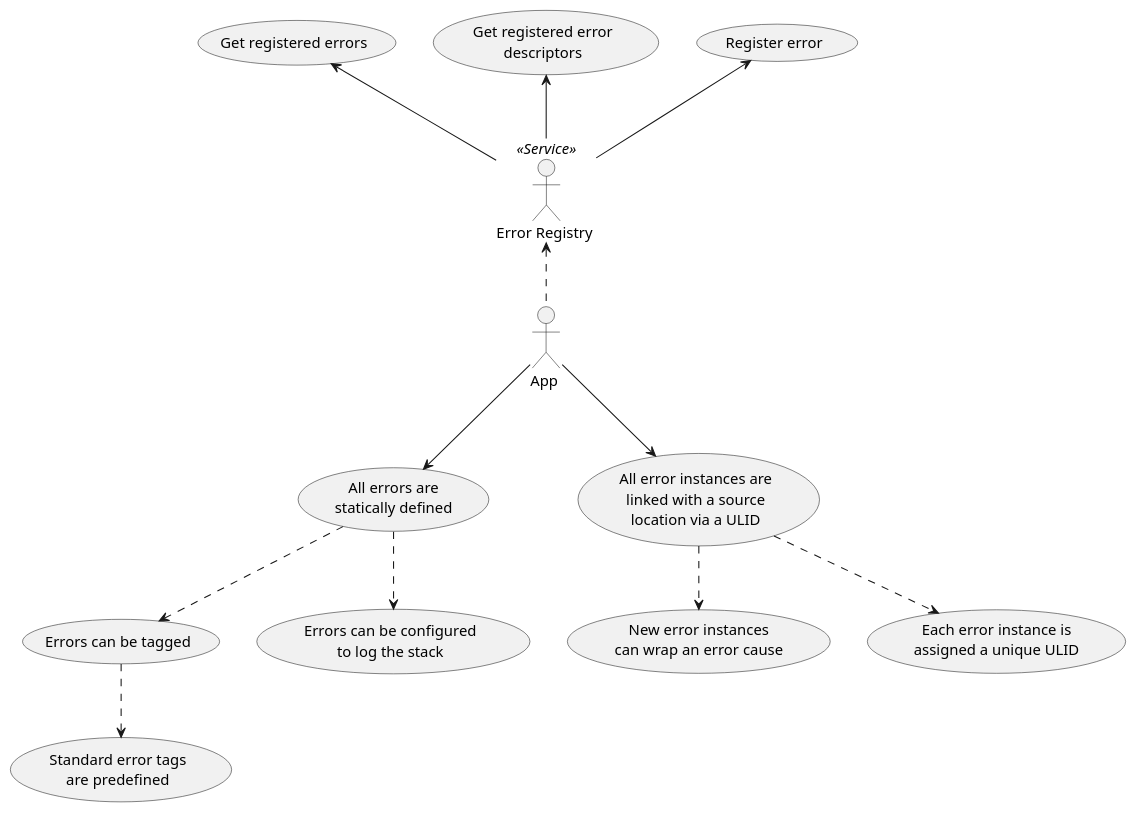
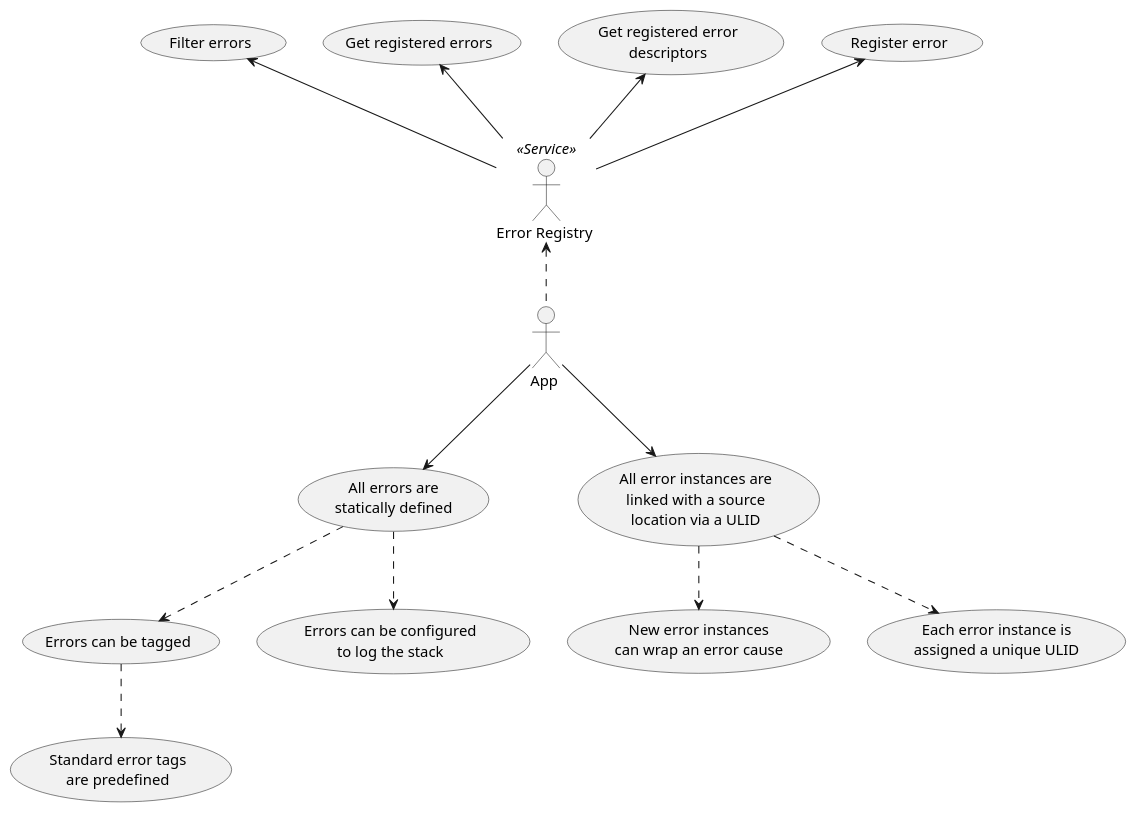
One commit to oysterpack/andiamo changed the diagram in pkg/app/err/usecases.puml. Above: the diagram before and after it, drawn with PlantUML. The commit also changed 17 other files, not shown here.

```diff
--- a/pkg/app/err/usecases.puml
+++ b/pkg/app/err/usecases.puml
@@ -1,54 +1,57 @@
 @startuml
 skinparam usecase {
 	BackgroundColor<< NEW >> DarkSeaGreen
 	BorderColor<< NEW >> YellowGreen
 }
 
 actor :App : as APP
 actor :Error Registry :as ERROR_REGISTRY <<Service>>
 
 usecase STD_ERRORS as "All errors are
 statically defined"
 
 usecase ERR_INSTANCE as "All error instances are
 linked with a source
 location via a ULID"
 
 usecase ERR_TAGS as "Errors can be tagged"
 
 usecase STD_TAGS as "Standard error tags
 are predefined"
 
 usecase ERR_CAUSE as "New error instances
 can wrap an error cause"
 
 usecase ERR_STACK as "Errors can be configured
 to log the stack"
 
 usecase ERR_INSTANCE_ID as "Each error instance is
 assigned a unique ULID"
 
 STD_ERRORS ..> ERR_TAGS
 STD_ERRORS ..> ERR_STACK
 ERR_INSTANCE ..> ERR_CAUSE
 ERR_INSTANCE ..> ERR_INSTANCE_ID
 ERR_TAGS ..> STD_TAGS
 
 APP --> STD_ERRORS
 APP --> ERR_INSTANCE
 
 APP .up.> ERROR_REGISTRY
 
 usecase REGISTER_ERR as "Register error"
 
 usecase LIST_ERR_DESCS as "
 Get registered error
 descriptors"
 
 usecase LIST_ERRS as "Get registered errors"
 
+usecase FILTER_ERRS as "Filter errors"
+
 ERROR_REGISTRY -up-> REGISTER_ERR
 ERROR_REGISTRY -up-> LIST_ERR_DESCS
 ERROR_REGISTRY -up-> LIST_ERRS
+ERROR_REGISTRY -up-> FILTER_ERRS
 
 @enduml
```
